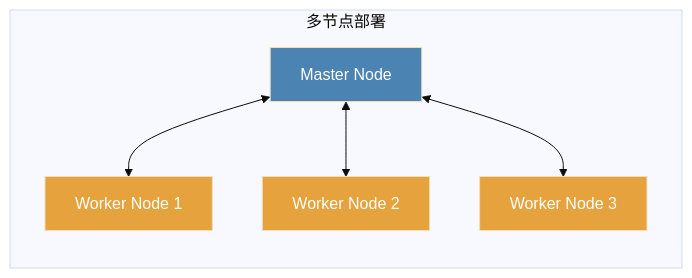
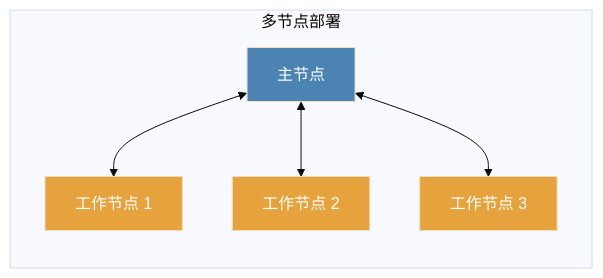
Before and after one commit to crawlab-team/crawlab-docs: the diagram in packages/v0.7/i18n/zh/docusaurus-plugin-content-docs/current/concepts/node/index.md, drawn with Mermaid (base theme). The commit also changed other lines of this file and 17 other files, not shown here.

````diff
--- a/packages/v0.7/i18n/zh/docusaurus-plugin-content-docs/current/concepts/node/index.md
+++ b/packages/v0.7/i18n/zh/docusaurus-plugin-content-docs/current/concepts/node/index.md
@@ -37,12 +57,12 @@
 ```mermaid
 flowchart LR
     subgraph 多节点部署
-        m[Master Node] <--> w1[Worker Node 1]
-        m <--> w2[Worker Node 2]
-        m <--> w3[Worker Node 3]
+        m[主节点] <--> w1[工作节点 1]
+        m <--> w2[工作节点 2]
+        m <--> w3[工作节点 3]
     end
     style m fill: #4b83b2, color: white
     style w1 fill: #e6a23c, color: white
     style w2 fill: #e6a23c, color: white
     style w3 fill: #e6a23c, color: white
 ```
````
